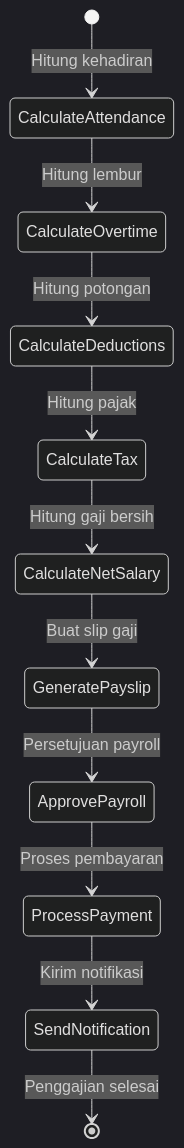
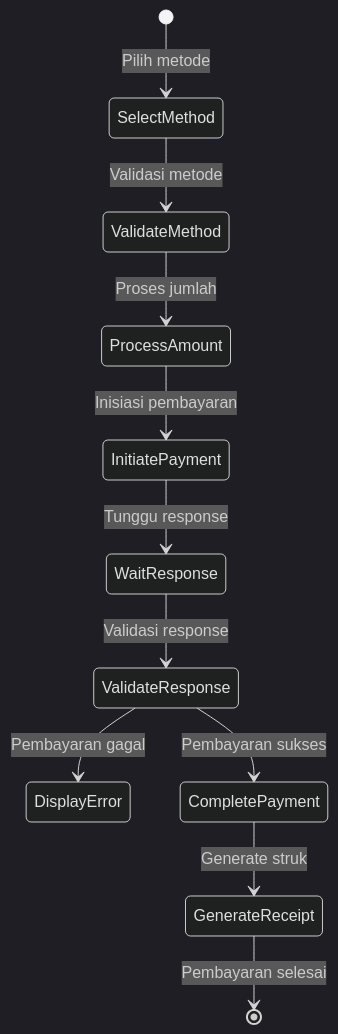
The seventh of 15 diagrams in documents/activity-diagrams.md (mrfansi/DearPOS), drawn with Mermaid (dark theme) before and after one commit. The commit also changed other lines of this file and 3 other files, not shown here.

````diff
--- a/documents/activity-diagrams.md
+++ b/documents/activity-diagrams.md
@@ -151,13 +117,13 @@
 ```mermaid
 stateDiagram-v2
-    [*] --> CalculateAttendance: Hitung kehadiran
-    CalculateAttendance --> CalculateOvertime: Hitung lembur
-    CalculateOvertime --> CalculateDeductions: Hitung potongan
-    CalculateDeductions --> CalculateTax: Hitung pajak
-    CalculateTax --> CalculateNetSalary: Hitung gaji bersih
-    CalculateNetSalary --> GeneratePayslip: Buat slip gaji
-    GeneratePayslip --> ApprovePayroll: Persetujuan payroll
-    ApprovePayroll --> ProcessPayment: Proses pembayaran
-    ProcessPayment --> SendNotification: Kirim notifikasi
-    SendNotification --> [*]: Penggajian selesai
+    [*] --> SelectMethod: Pilih metode
+    SelectMethod --> ValidateMethod: Validasi metode
+    ValidateMethod --> ProcessAmount: Proses jumlah
+    ProcessAmount --> InitiatePayment: Inisiasi pembayaran
+    InitiatePayment --> WaitResponse: Tunggu response
+    WaitResponse --> ValidateResponse: Validasi response
+    ValidateResponse --> DisplayError: Pembayaran gagal
+    ValidateResponse --> CompletePayment: Pembayaran sukses
+    CompletePayment --> GenerateReceipt: Generate struk
+    GenerateReceipt --> [*]: Pembayaran selesai
 ```
````
